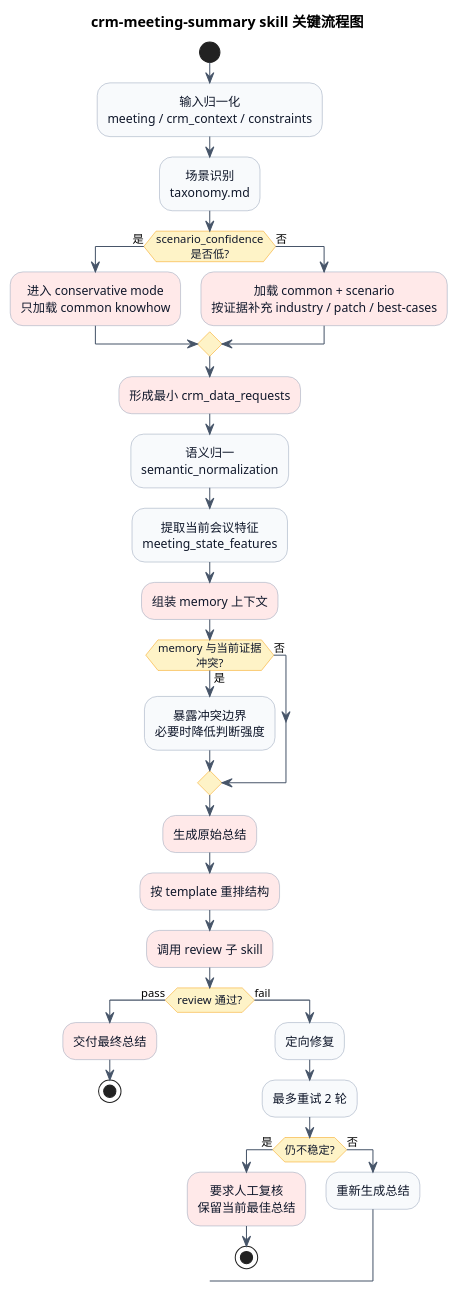
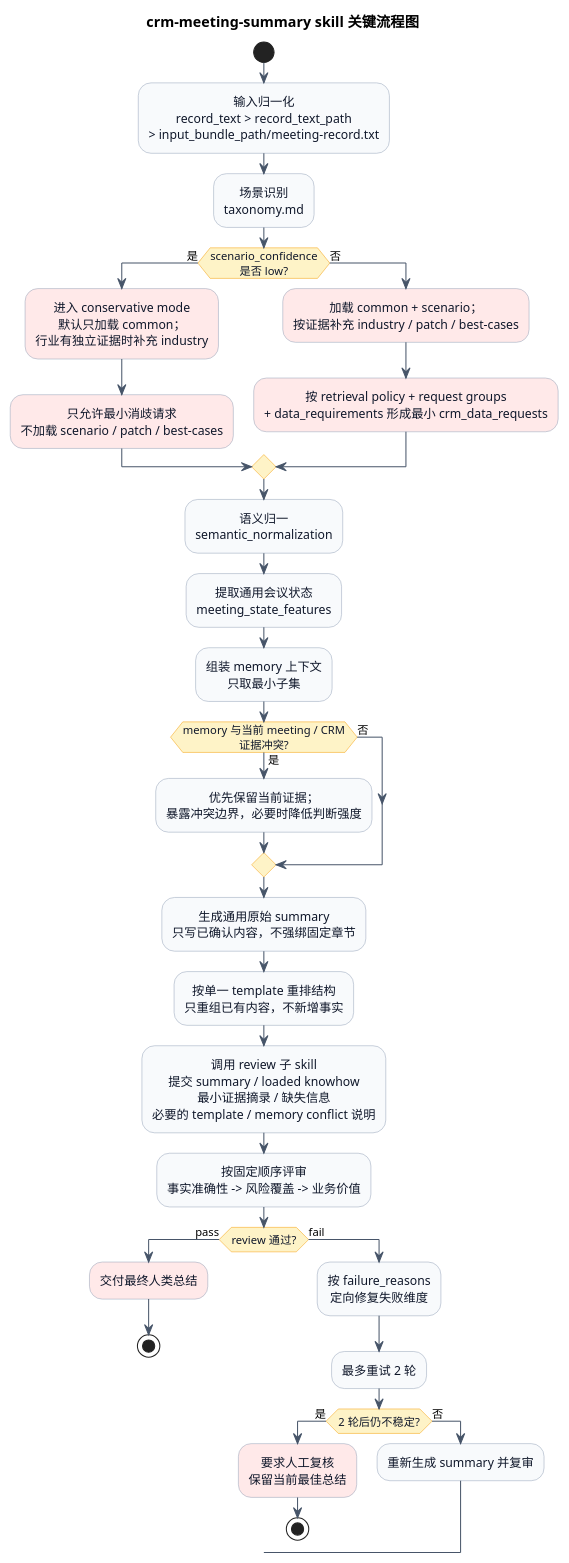
Before and after one commit to zhaopx/crm-meeting-summary-skill: the first of 2 diagrams in docs/crm-meeting-summary/visual-diagrams.md, drawn with PlantUML. The commit also changed other lines of this file and 7 other files, not shown here.

````diff
--- a/docs/crm-meeting-summary/visual-diagrams.md
+++ b/docs/crm-meeting-summary/visual-diagrams.md
@@ -107,48 +10,50 @@
 ```plantuml
 @startuml
 title crm-meeting-summary skill 关键流程图
 skinparam shadowing false
 skinparam defaultTextAlignment center
 skinparam ArrowColor #475569
 skinparam activity {
   BackgroundColor #f8fafc
   BorderColor #94a3b8
   DiamondBackgroundColor #fef3c7
   DiamondBorderColor #f59e0b
   FontColor #0f172a
 }
 
 start
-:输入归一化\nmeeting / crm_context / constraints;
+:输入归一化\nrecord_text > record_text_path\n> input_bundle_path/meeting-record.txt;
 :场景识别\ntaxonomy.md;
-if (scenario_confidence\n是否低?) then (是)
-  #FFE9E9:进入 conservative mode\n只加载 common knowhow;
+if (scenario_confidence\n是否 low?) then (是)
+  #FFE9E9:进入 conservative mode\n默认只加载 common；\n行业有独立证据时补充 industry;
+  #FFE9E9:只允许最小消歧请求\n不加载 scenario / patch / best-cases;
 else (否)
-  #FFE9E9:加载 common + scenario\n按证据补充 industry / patch / best-cases;
+  #FFE9E9:加载 common + scenario；\n按证据补充 industry / patch / best-cases;
+  #FFE9E9:按 retrieval policy + request groups\n+ data_requirements 形成最小 crm_data_requests;
 endif
-#FFE9E9:形成最小 crm_data_requests;
 :语义归一\nsemantic_normalization;
-:提取当前会议特征\nmeeting_state_features;
-#FFE9E9:组装 memory 上下文;
-if (memory 与当前证据\n冲突?) then (是)
-  :暴露冲突边界\n必要时降低判断强度;
+:提取通用会议状态\nmeeting_state_features;
+:组装 memory 上下文\n只取最小子集;
+if (memory 与当前 meeting / CRM\n证据冲突?) then (是)
+  :优先保留当前证据；\n暴露冲突边界，必要时降低判断强度;
 else (否)
 endif
-#FFE9E9:生成原始总结;
-#FFE9E9:按 template 重排结构;
-#FFE9E9:调用 review 子 skill;
+:生成通用原始 summary\n只写已确认内容，不强绑固定章节;
+:按单一 template 重排结构\n只重组已有内容，不新增事实;
+:调用 review 子 skill\n提交 summary / loaded knowhow\n最小证据摘录 / 缺失信息\n必要的 template / memory conflict 说明;
+:按固定顺序评审\n事实准确性 -> 风险覆盖 -> 业务价值;
 if (review 通过?) then (pass)
-  #FFE9E9:交付最终总结;
+  #FFE9E9:交付最终人类总结;
   stop
 else (fail)
-  :定向修复;
+  :按 failure_reasons\n定向修复失败维度;
   :最多重试 2 轮;
-  if (仍不稳定?) then (是)
+  if (2 轮后仍不稳定?) then (是)
     #FFE9E9:要求人工复核\n保留当前最佳总结;
     stop
   else (否)
-    :重新生成总结;
+    :重新生成 summary 并复审;
   endif
 endif
 @enduml
 ```
````
